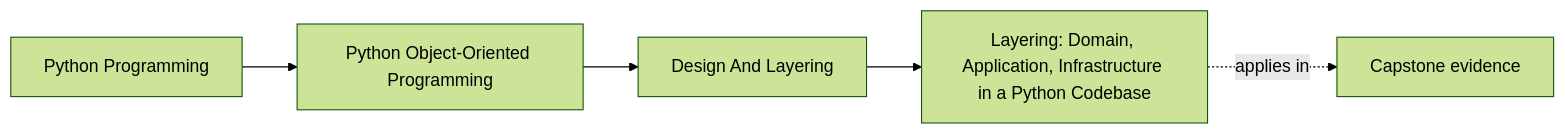
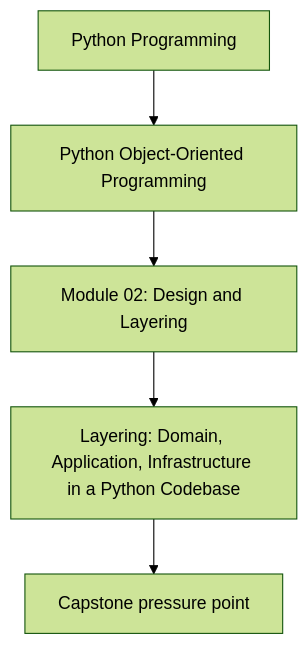
The first of 2 diagrams in programs/python-programming/python-object-oriented-programming/course-book/module-02-design-and-layering/domain-application-and-infrastructure-layers.md (bijux/bijux-masterclass), drawn with Mermaid (forest theme) before and after one commit. The commit also changed other lines of this file and 107 other files, not shown here.

Commit message:
docs(python-object-oriented-programming): align concept page diagrams

````diff
--- a/programs/python-programming/python-object-oriented-programming/course-book/module-02-design-and-layering/domain-application-and-infrastructure-layers.md
+++ b/programs/python-programming/python-object-oriented-programming/course-book/module-02-design-and-layering/domain-application-and-infrastructure-layers.md
@@ -7,11 +7,7 @@
 ```mermaid
-graph LR
-  family["Python Programming"]
-  program["Python Object-Oriented Programming"]
-  section["Design And Layering"]
-  page["Layering: Domain, Application, Infrastructure in a Python Codebase"]
-  capstone["Capstone evidence"]
-
-  family --> program --> section --> page
-  page -.applies in.-> capstone
+flowchart TD
+  family["Python Programming"] --> program["Python Object-Oriented Programming"]
+  program --> module["Module 02: Design and Layering"]
+  module --> concept["Layering: Domain, Application, Infrastructure in a Python Codebase"]
+  concept --> capstone["Capstone pressure point"]
 ```
````
